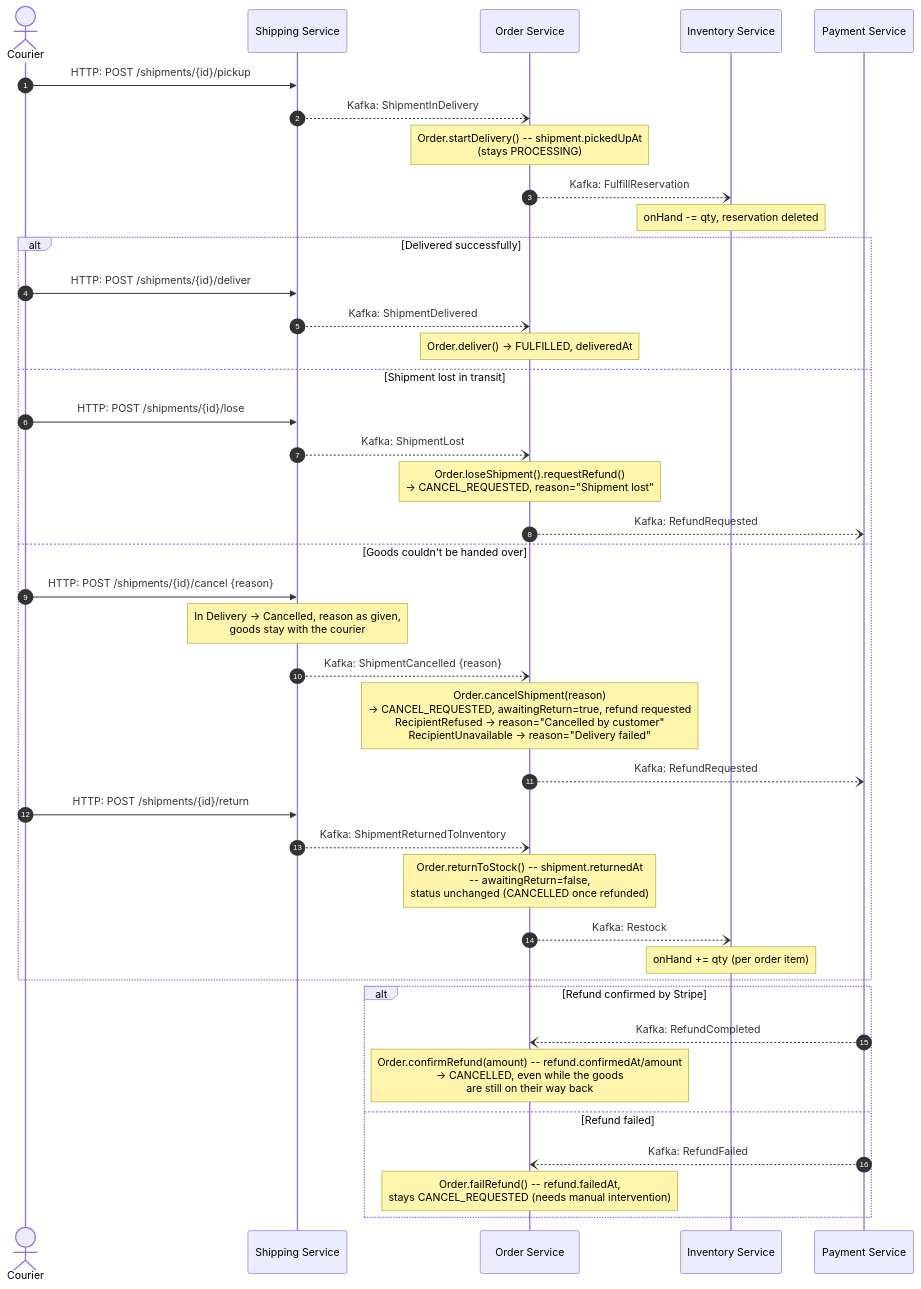
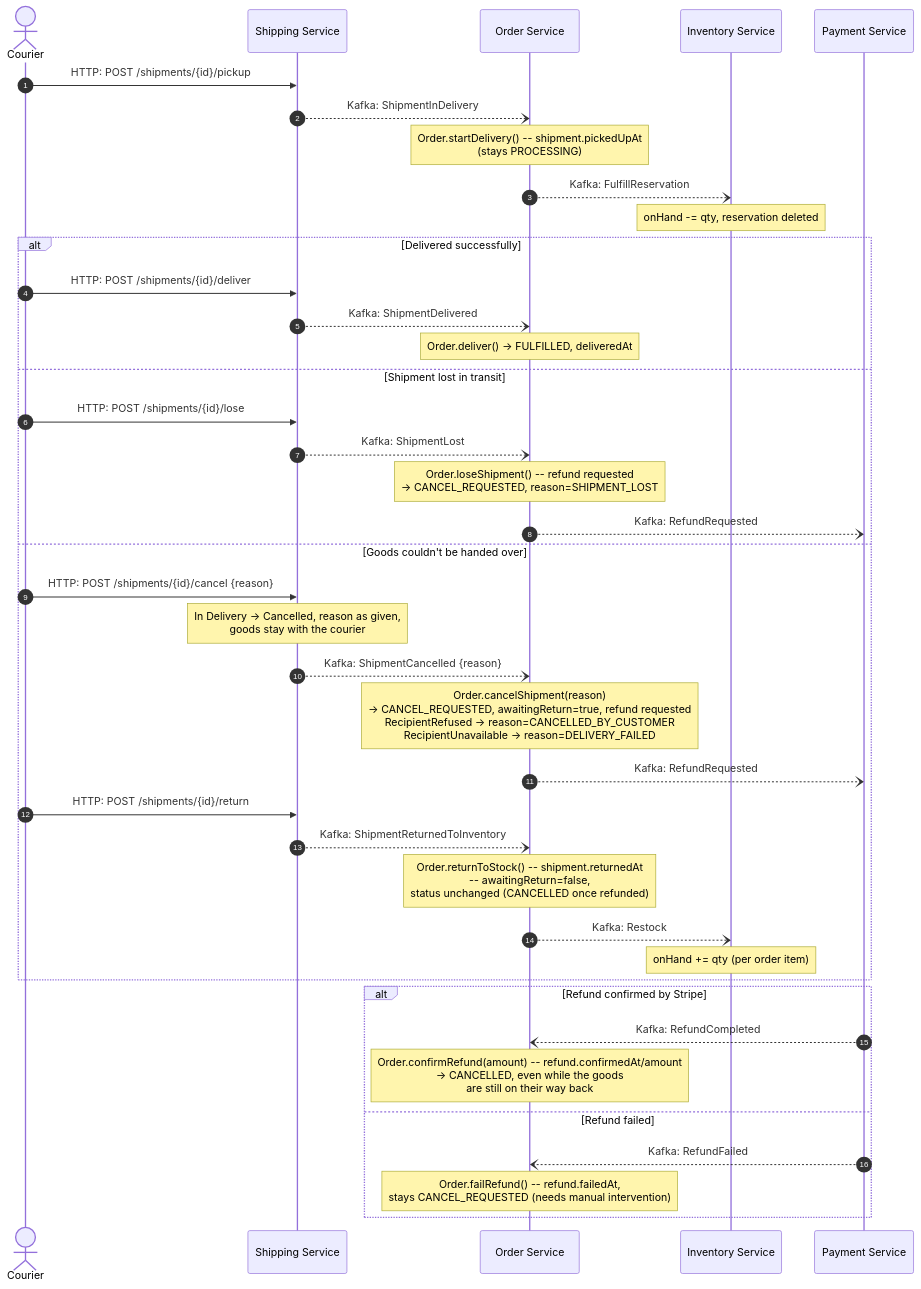
One commit to ihorhartmann/E-commerce-App changed the fourth of 6 diagrams in docs/order_saga.md. Above: the diagram before and after it, drawn with Mermaid. The commit also changed other lines of this file and 8 other files, not shown here.

First line of the commit message:
IHO-39 Order saga doc matches the code; drop the unused PaymentFailed handling

````diff
--- a/docs/order_saga.md
+++ b/docs/order_saga.md
@@ -174,48 +188,48 @@
 ```mermaid
 sequenceDiagram
     autonumber
     actor C as Courier
     participant Sh as Shipping Service
     participant O as Order Service
     participant I as Inventory Service
     participant P as Payment Service
 
     C->>Sh: HTTP: POST /shipments/{id}/pickup
     Sh--)O: Kafka: ShipmentInDelivery
     Note over O: Order.startDelivery() -- shipment.pickedUpAt<br/>(stays PROCESSING)
     O--)I: Kafka: FulfillReservation
     Note over I: onHand -= qty, reservation deleted
 
     alt Delivered successfully
         C->>Sh: HTTP: POST /shipments/{id}/deliver
         Sh--)O: Kafka: ShipmentDelivered
         Note over O: Order.deliver() -> FULFILLED, deliveredAt
 
     else Shipment lost in transit
         C->>Sh: HTTP: POST /shipments/{id}/lose
         Sh--)O: Kafka: ShipmentLost
-        Note over O: Order.loseShipment().requestRefund()<br/>-> CANCEL_REQUESTED, reason="Shipment lost"
+        Note over O: Order.loseShipment() -- refund requested<br/>-> CANCEL_REQUESTED, reason=SHIPMENT_LOST
         O--)P: Kafka: RefundRequested
 
     else Goods couldn't be handed over
         C->>Sh: HTTP: POST /shipments/{id}/cancel {reason}
         Note over Sh: In Delivery -> Cancelled, reason as given,<br/>goods stay with the courier
         Sh--)O: Kafka: ShipmentCancelled {reason}
-        Note over O: Order.cancelShipment(reason)<br/>-> CANCEL_REQUESTED, awaitingReturn=true, refund requested<br/>RecipientRefused -> reason="Cancelled by customer"<br/>RecipientUnavailable -> reason="Delivery failed"
+        Note over O: Order.cancelShipment(reason)<br/>-> CANCEL_REQUESTED, awaitingReturn=true, refund requested<br/>RecipientRefused -> reason=CANCELLED_BY_CUSTOMER<br/>RecipientUnavailable -> reason=DELIVERY_FAILED
         O--)P: Kafka: RefundRequested
 
         C->>Sh: HTTP: POST /shipments/{id}/return
         Sh--)O: Kafka: ShipmentReturnedToInventory
         Note over O: Order.returnToStock() -- shipment.returnedAt<br/>-- awaitingReturn=false,<br/>status unchanged (CANCELLED once refunded)
         O--)I: Kafka: Restock
         Note over I: onHand += qty (per order item)
     end
 
     alt Refund confirmed by Stripe
         P--)O: Kafka: RefundCompleted
         Note over O: Order.confirmRefund(amount) -- refund.confirmedAt/amount<br/>-> CANCELLED, even while the goods<br/>are still on their way back
     else Refund failed
         P--)O: Kafka: RefundFailed
         Note over O: Order.failRefund() -- refund.failedAt,<br/>stays CANCEL_REQUESTED (needs manual intervention)
     end
 ```
````
